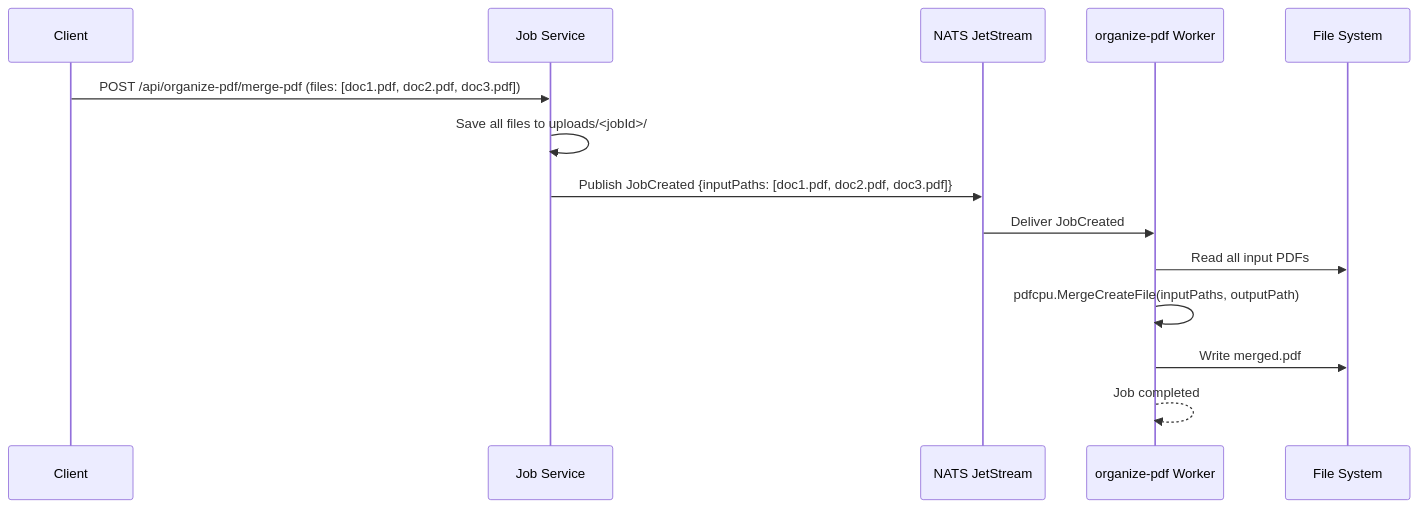
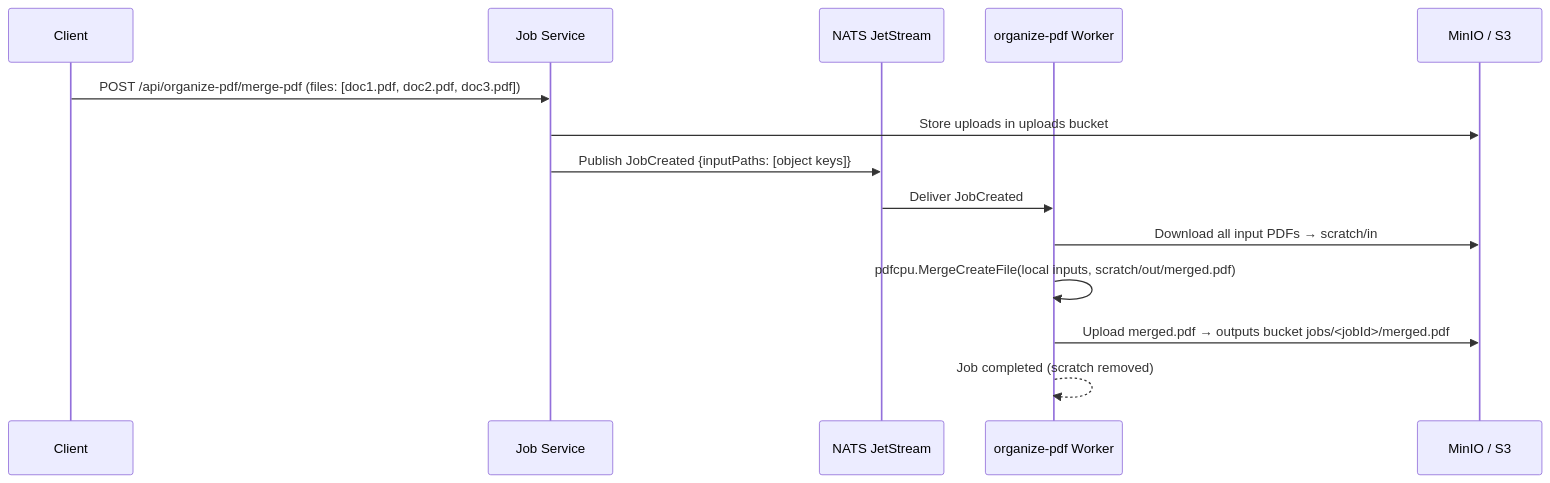
The second of 4 diagrams in docs/developer/services/ORGANIZE_PDF.md (Prachidubey2003/fyredocs_backend), drawn with Mermaid before and after one commit. The commit also changed other lines of this file and 84 other files, not shown here.

````diff
--- a/docs/developer/services/ORGANIZE_PDF.md
+++ b/docs/developer/services/ORGANIZE_PDF.md
@@ -611,18 +645,18 @@
 ```mermaid
 sequenceDiagram
     participant C as Client
     participant JS as Job Service
     participant NATS as NATS JetStream
     participant W as organize-pdf Worker
-    participant FS as File System
+    participant S3 as MinIO / S3
 
     C->>JS: POST /api/organize-pdf/merge-pdf (files: [doc1.pdf, doc2.pdf, doc3.pdf])
-    JS->>JS: Save all files to uploads/<jobId>/
-    JS->>NATS: Publish JobCreated {inputPaths: [doc1.pdf, doc2.pdf, doc3.pdf]}
+    JS->>S3: Store uploads in uploads bucket
+    JS->>NATS: Publish JobCreated {inputPaths: [object keys]}
 
     NATS->>W: Deliver JobCreated
-    W->>FS: Read all input PDFs
-    W->>W: pdfcpu.MergeCreateFile(inputPaths, outputPath)
-    W->>FS: Write merged.pdf
-    W-->>W: Job completed
+    W->>S3: Download all input PDFs → scratch/in
+    W->>W: pdfcpu.MergeCreateFile(local inputs, scratch/out/merged.pdf)
+    W->>S3: Upload merged.pdf → outputs bucket jobs/<jobId>/merged.pdf
+    W-->>W: Job completed (scratch removed)
 ```
````
